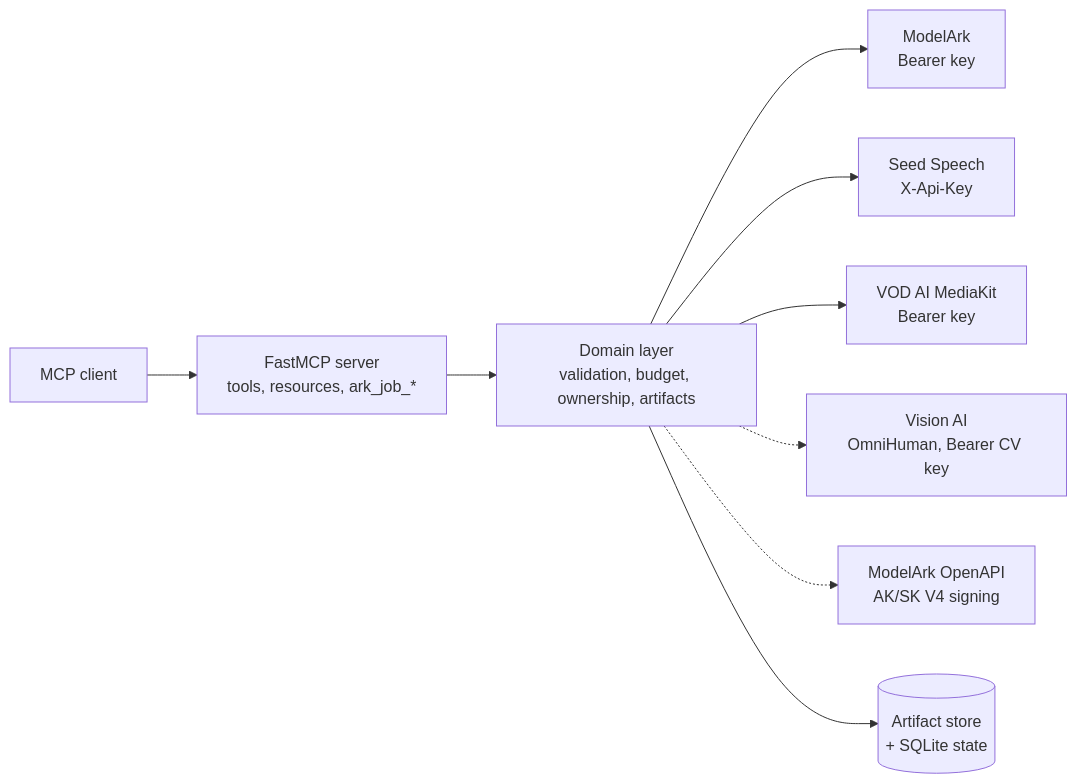
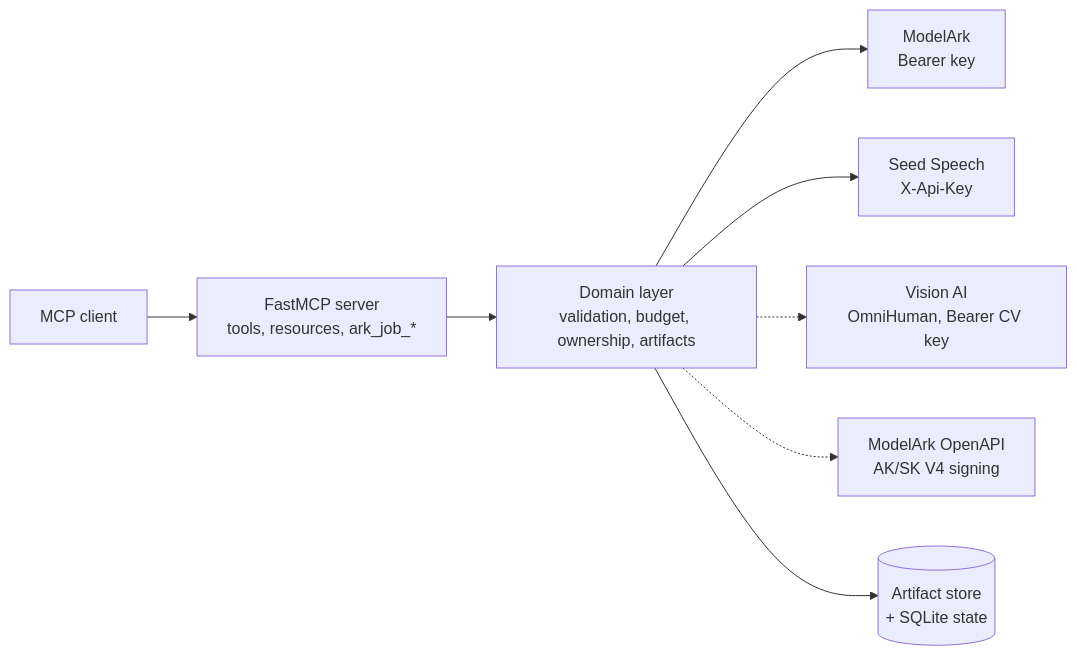
Before and after one commit to byteplus-sa/ark-mcp: the diagram in .agents/skills/ark-mcp/references/environment.md, drawn with Mermaid. The commit also changed other lines of this file and 106 other files, not shown here.

Commit message:
feat!: remove VOD and MediaKit support

````diff
--- a/.agents/skills/ark-mcp/references/environment.md
+++ b/.agents/skills/ark-mcp/references/environment.md
@@ -292,11 +288,10 @@
 ```mermaid
 flowchart LR
     Client[MCP client] --> Server[FastMCP server<br/>tools, resources, ark_job_*]
     Server --> Domain[Domain layer<br/>validation, budget, ownership, artifacts]
     Domain --> MA[ModelArk<br/>Bearer key]
     Domain --> SS[Seed Speech<br/>X-Api-Key]
-    Domain --> VOD[VOD AI MediaKit<br/>Bearer key]
     Domain -.-> CV[Vision AI<br/>OmniHuman, Bearer CV key]
     Domain -.-> OA[ModelArk OpenAPI<br/>AK/SK V4 signing]
     Domain --> Store[(Artifact store<br/>+ SQLite state)]
 ```
````
